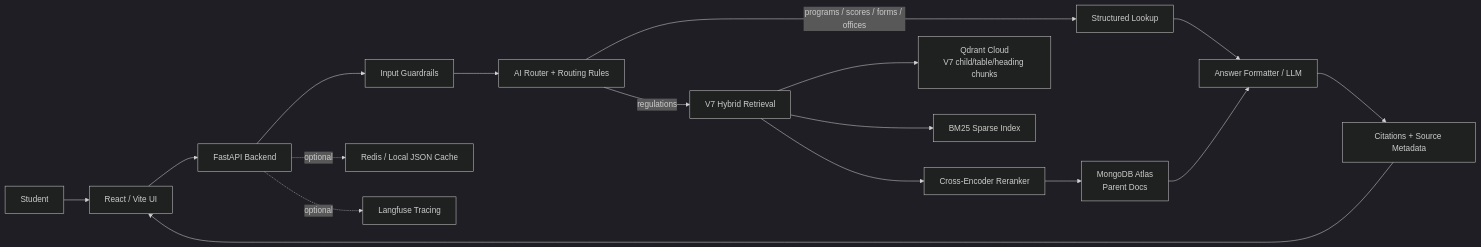
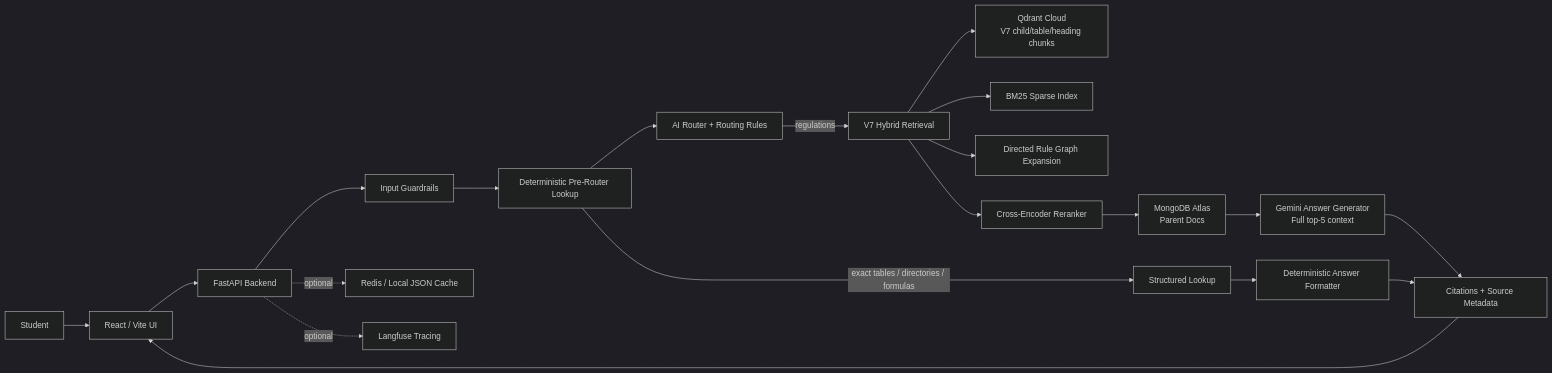
One commit to AnhPhiNe/student-handbook-rag-chatbot changed the first of 3 diagrams in README.md. Above: the diagram before and after it, drawn with Mermaid (dark theme). The commit also changed other lines of this file and 5 other files, not shown here.

````diff
--- a/README.md
+++ b/README.md
@@ -128,24 +130,27 @@
 ```mermaid
 flowchart LR
     User["Student"] --> Frontend["React / Vite UI"]
     Frontend --> API["FastAPI Backend"]
 
     API --> Guard["Input Guardrails"]
-    Guard --> Router["AI Router + Routing Rules"]
+    Guard --> LookupFirst["Deterministic Pre-Router Lookup"]
+    LookupFirst --> Router["AI Router + Routing Rules"]
 
-    Router -->|programs / scores / forms / offices| Lookup["Structured Lookup"]
+    LookupFirst -->|exact tables / directories / formulas| Lookup["Structured Lookup"]
     Router -->|regulations| Retrieval["V7 Hybrid Retrieval"]
 
     Retrieval --> Qdrant["Qdrant Cloud\nV7 child/table/heading chunks"]
     Retrieval --> BM25["BM25 Sparse Index"]
+    Retrieval --> Graph["Directed Rule Graph Expansion"]
     Retrieval --> Reranker["Cross-Encoder Reranker"]
     Reranker --> Mongo["MongoDB Atlas\nParent Docs"]
 
-    Lookup --> Answer["Answer Formatter / LLM"]
-    Mongo --> Answer
-    Answer --> Citation["Citations + Source Metadata"]
+    Lookup --> Answer["Deterministic Answer Formatter"]
+    Mongo --> Gemini["Gemini Answer Generator\nFull top-5 context"]
+    Gemini --> Citation["Citations + Source Metadata"]
+    Answer --> Citation
     Citation --> Frontend
 
     API -. optional .-> Cache["Redis / Local JSON Cache"]
     API -. optional .-> Trace["Langfuse Tracing"]
 ```
````
